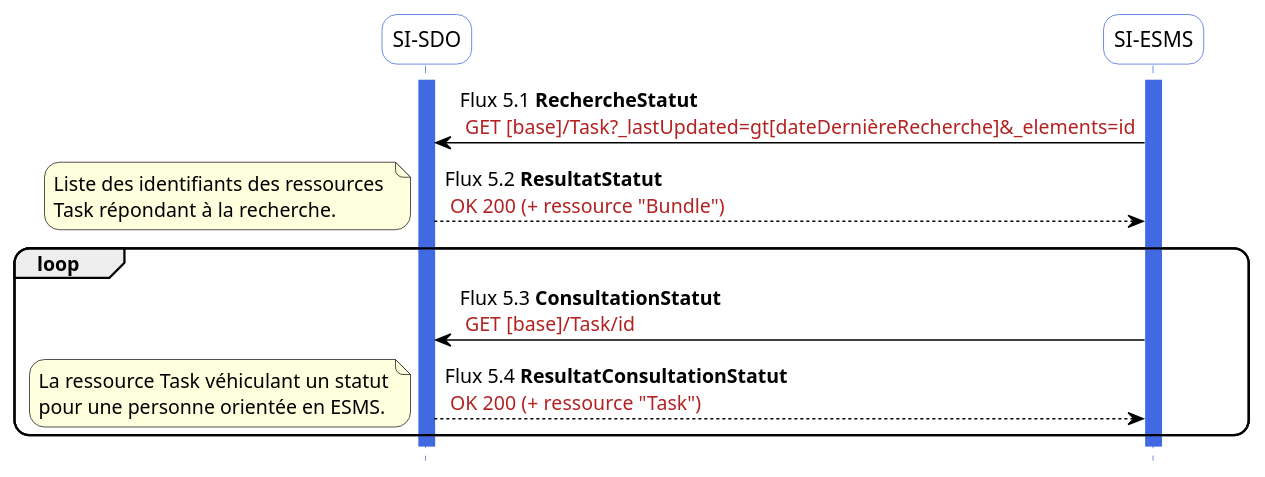
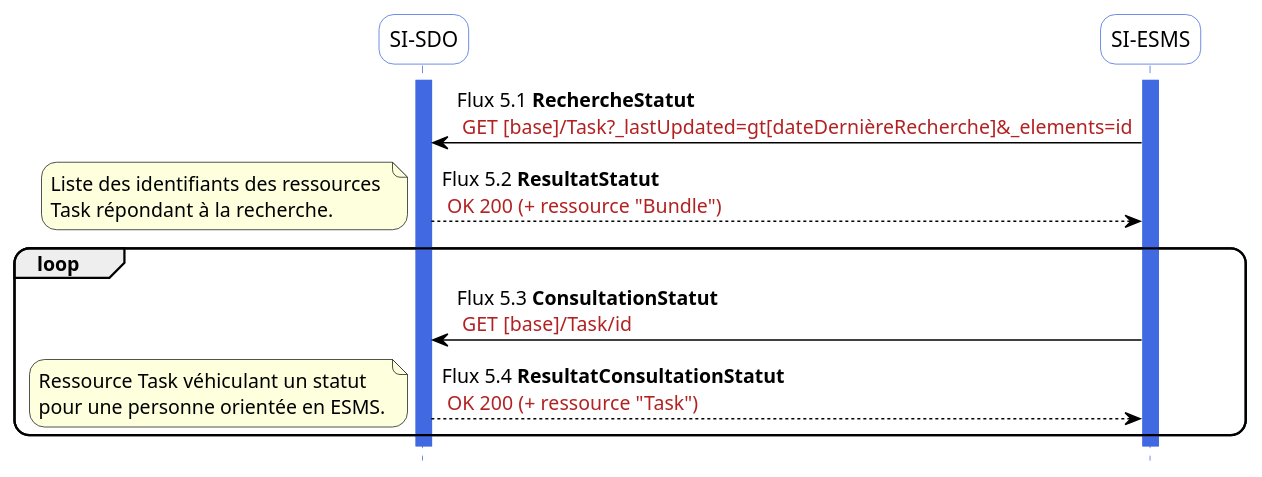
The diagram in input/images-source/flux5.plantuml (ansforge/IG-fhir-medicosocial-suivi-decisions-orientation), drawn with PlantUML before and after one commit. The commit also changed 4 other files, not shown here.

```diff
--- a/input/images-source/flux5.plantuml
+++ b/input/images-source/flux5.plantuml
@@ -1,45 +1,45 @@
 @startuml flux5
 hide footbox
 
 skinparam sequence {
  arrowColor black
  ParticipantBorderColor RoyalBlue
  ParticipantBackgroundColor white
  LifeLineBorderColor RoyalBlue
  LifeLineBackgroundColor RoyalBlue
  ParticipantFontSize 14
  ParticipantFontName arial
  ParticipantPadding 20
 }
 skinparam  roundcorner 20
 
 
 participant "SI-SDO" as SDO
 participant "SI-ESMS" as ESMS
 activate SDO
 activate ESMS
 
 
 ESMS-[#black]> SDO : Flux 5.1 **RechercheStatut** \n <color #FireBrick>GET [base]/Task?_lastUpdated=gt[dateDernièreRecherche]&_elements=id</color>
 SDO-[#black]-> ESMS: Flux 5.2 **ResultatStatut** \n <color #FireBrick>OK 200 (+ ressource "Bundle")</color>
 
 note left
 Liste des identifiants des ressources 
 Task répondant à la recherche.
 end note
 
 loop 
 ESMS-[#black]> SDO : Flux 5.3 **ConsultationStatut** \n <color #FireBrick>GET [base]/Task/id</color>
 SDO-[#black]-> ESMS: Flux 5.4 **ResultatConsultationStatut** \n <color #FireBrick>OK 200 (+ ressource "Task")</color>
 note left
-La ressource Task véhiculant un statut
+Ressource Task véhiculant un statut
 pour une personne orientée en ESMS.
 end note
 end loop
 
 
 
 
 deactivate SDO
 deactivate ESMS
 @enduml
```
